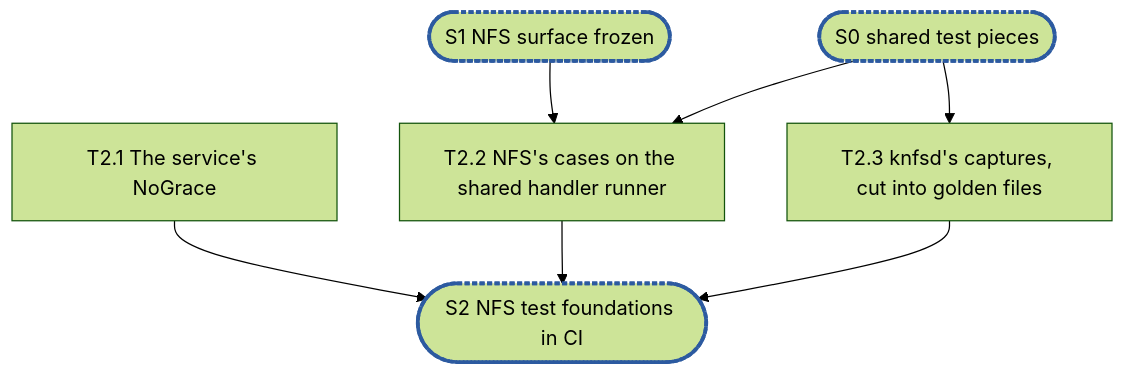
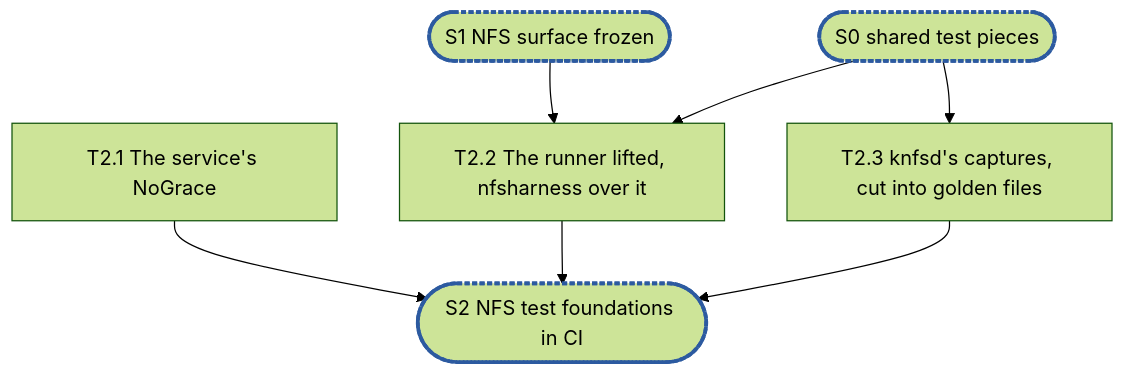
The diagram in .planning/rfc-21-nfs-epic2.md (cubbit/dittofs), drawn with Mermaid (forest theme) before and after one commit. The commit also changed other lines of this file and 2 other files, not shown here.

````diff
--- a/.planning/rfc-21-nfs-epic2.md
+++ b/.planning/rfc-21-nfs-epic2.md
@@ -334,10 +356,10 @@
 ```mermaid
 flowchart TD
   S1(["S1 NFS surface frozen"]):::sync
   S0(["S0 shared test pieces"]):::sync
   T2_1["T2.1 The service's NoGrace"]
-  S1 & S0 --> T2_2["T2.2 NFS's cases on the shared handler runner"]
+  S1 & S0 --> T2_2["T2.2 The runner lifted, nfsharness over it"]
   S0 --> T2_3["T2.3 knfsd's captures, cut into golden files"]
   T2_1 & T2_2 & T2_3 --> S2(["S2 NFS test foundations in CI"]):::sync
   classDef sync stroke:#2c5aa0,stroke-width:3px,stroke-dasharray:4 2
 ```
````
